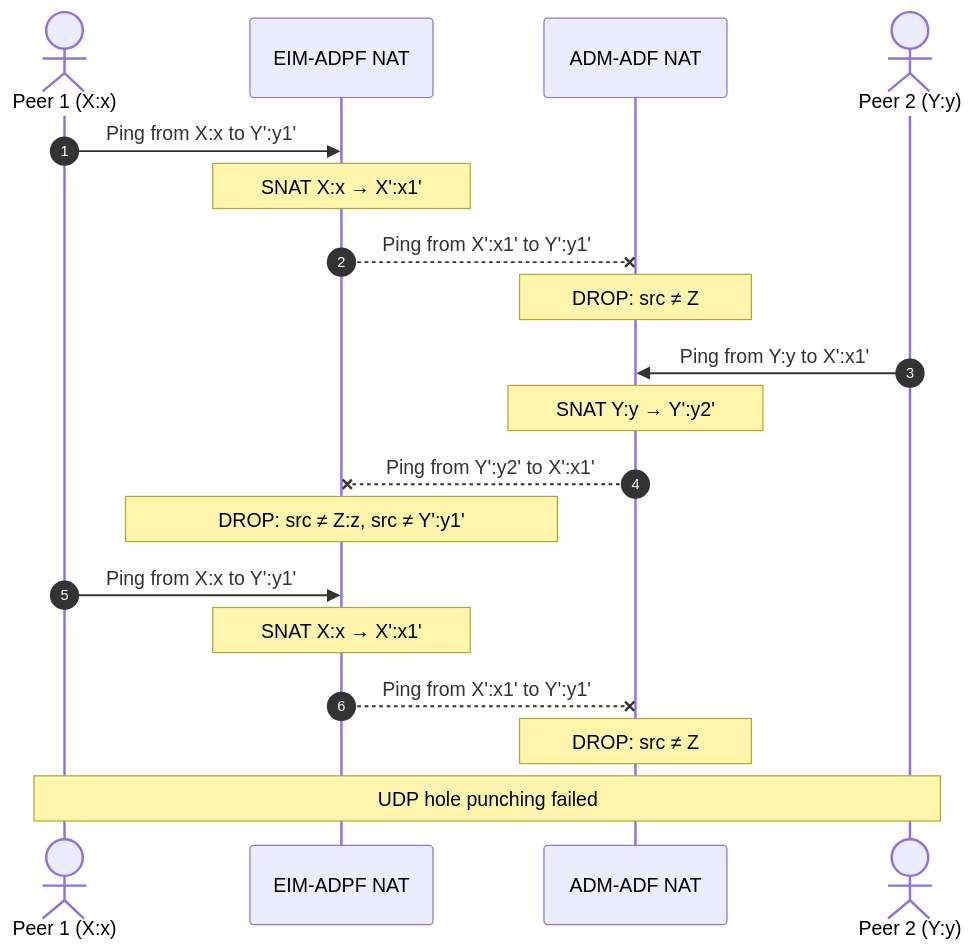
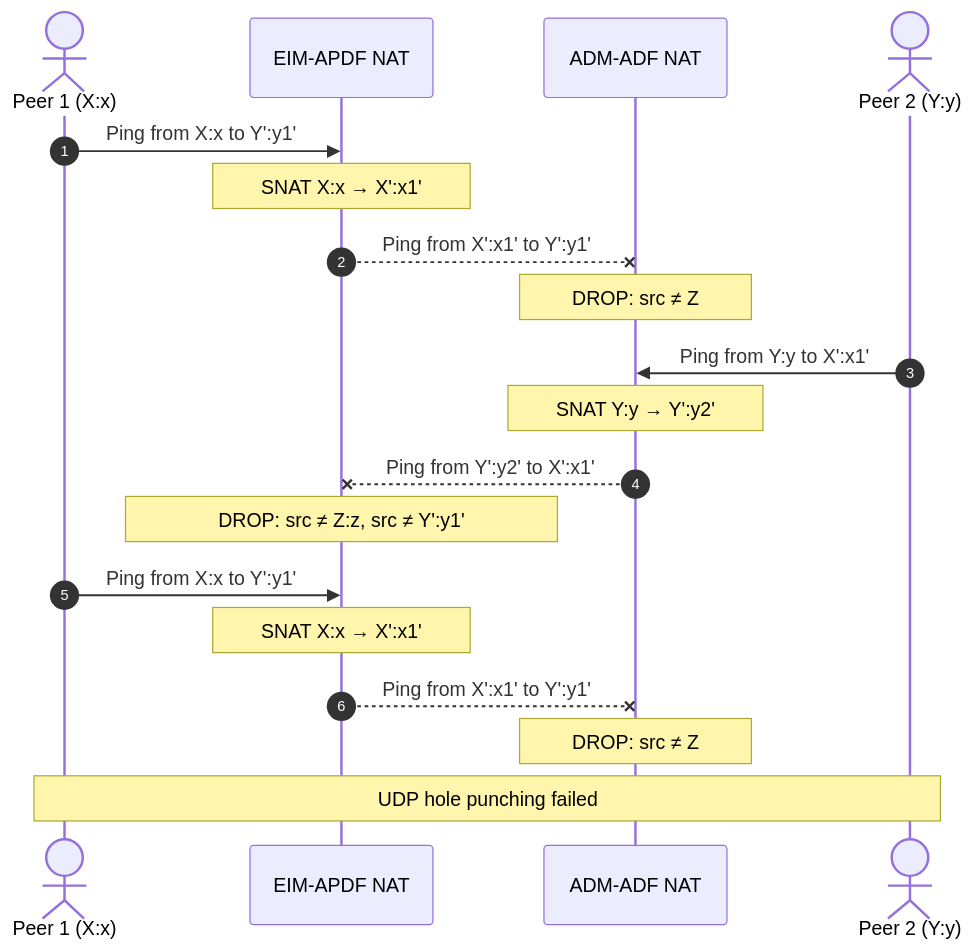
Before and after one commit to eduP2P/common: the sixth of 7 diagrams in test_suite/README.md, drawn with Mermaid. The commit also changed other lines of this file and 10 other files, not shown here.

````diff
--- a/test_suite/README.md
+++ b/test_suite/README.md
@@ -1145,30 +1173,30 @@
     ``` mermaid
     sequenceDiagram
        autonumber
 
        actor p1 as Peer 1 (X:x)
-       participant nat1 as EIM-ADPF NAT
+       participant nat1 as EIM-APDF NAT
        participant nat2 as ADM-ADF NAT
        actor p2 as Peer 2 (Y:y)
 
        %% Ping 1 from Peer 1
        p1->>nat1: Ping from X:x to Y':y1'
        Note over nat1: SNAT X:x #8594; X':x1'
        nat1--xnat2: Ping from X':x1' to Y':y1'
        Note over nat2: DROP: src #8800; Z
 
        %% Ping 1 from Peer 2
        p2->>nat2: Ping from Y:y to X':x1'
        Note over nat2: SNAT Y:y #8594; Y':y2'
        nat2--xnat1: Ping from Y':y2' to X':x1'
        Note over nat1: DROP: src #8800; Z:z, src #8800; Y':y1'
 
        %% Ping 2 from Peer 1
        p1->>nat1: Ping from X:x to Y':y1'
        Note over nat1: SNAT X:x #8594; X':x1'
        nat1--xnat2: Ping from X':x1' to Y':y1'
        Note over nat2: DROP: src #8800; Z
 
        %% Fail
        Note over p1,p2: UDP hole punching failed
     ```
````
